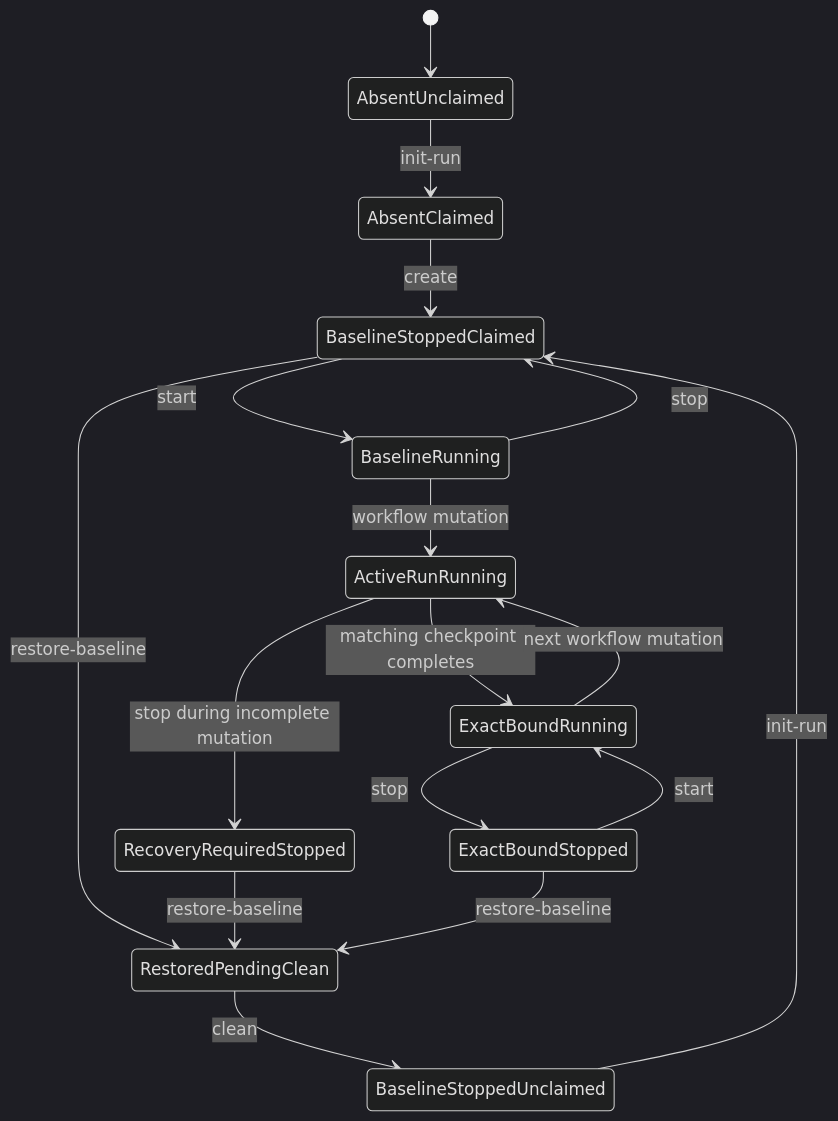
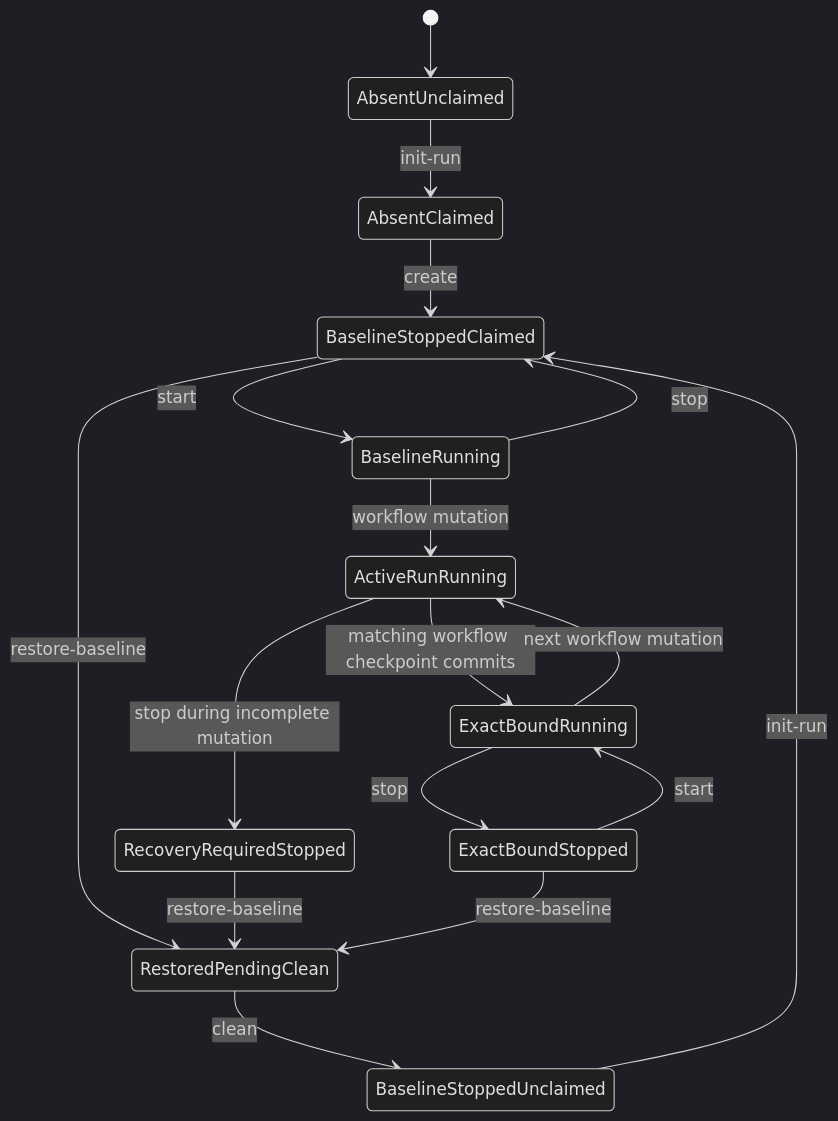
Before and after one commit to NoNine/loopforge: the diagram in simulation/docs/shared/lifecycle-state-model.md, drawn with Mermaid (dark theme). The commit also changed other lines of this file and 28 other files, not shown here.

````diff
--- a/simulation/docs/shared/lifecycle-state-model.md
+++ b/simulation/docs/shared/lifecycle-state-model.md
@@ -358,21 +362,21 @@
 ```mermaid
 stateDiagram-v2
   [*] --> AbsentUnclaimed
   AbsentUnclaimed --> AbsentClaimed: init-run
   AbsentClaimed --> BaselineStoppedClaimed: create
 
   BaselineStoppedUnclaimed --> BaselineStoppedClaimed: init-run
   BaselineStoppedClaimed --> BaselineRunning: start
   BaselineRunning --> BaselineStoppedClaimed: stop
   BaselineRunning --> ActiveRunRunning: workflow mutation
-  ActiveRunRunning --> ExactBoundRunning: matching checkpoint completes
+  ActiveRunRunning --> ExactBoundRunning: matching workflow checkpoint commits
   ExactBoundRunning --> ActiveRunRunning: next workflow mutation
   ActiveRunRunning --> RecoveryRequiredStopped: stop during incomplete mutation
   ExactBoundRunning --> ExactBoundStopped: stop
   ExactBoundStopped --> ExactBoundRunning: start
 
   BaselineStoppedClaimed --> RestoredPendingClean: restore-baseline
   RecoveryRequiredStopped --> RestoredPendingClean: restore-baseline
   ExactBoundStopped --> RestoredPendingClean: restore-baseline
   RestoredPendingClean --> BaselineStoppedUnclaimed: clean
 ```
````
